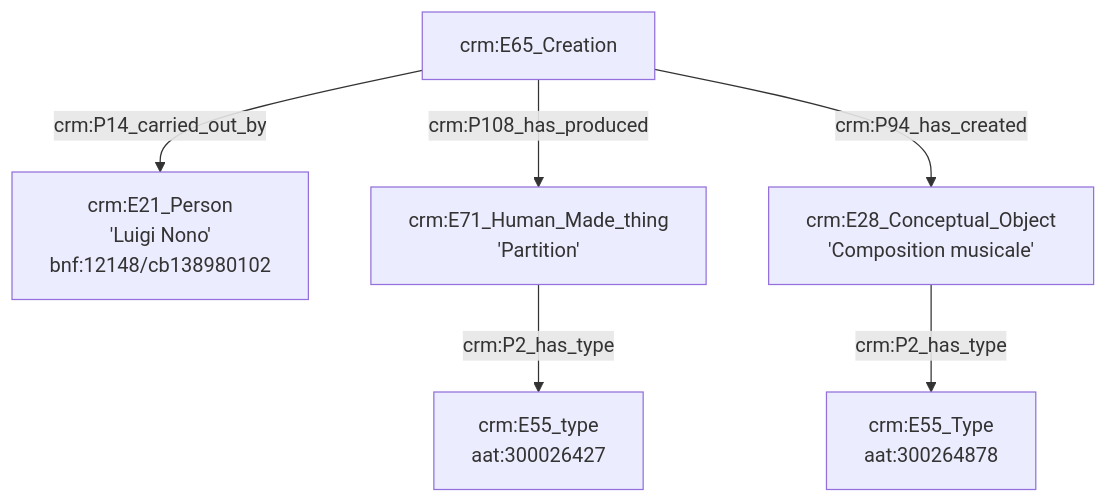
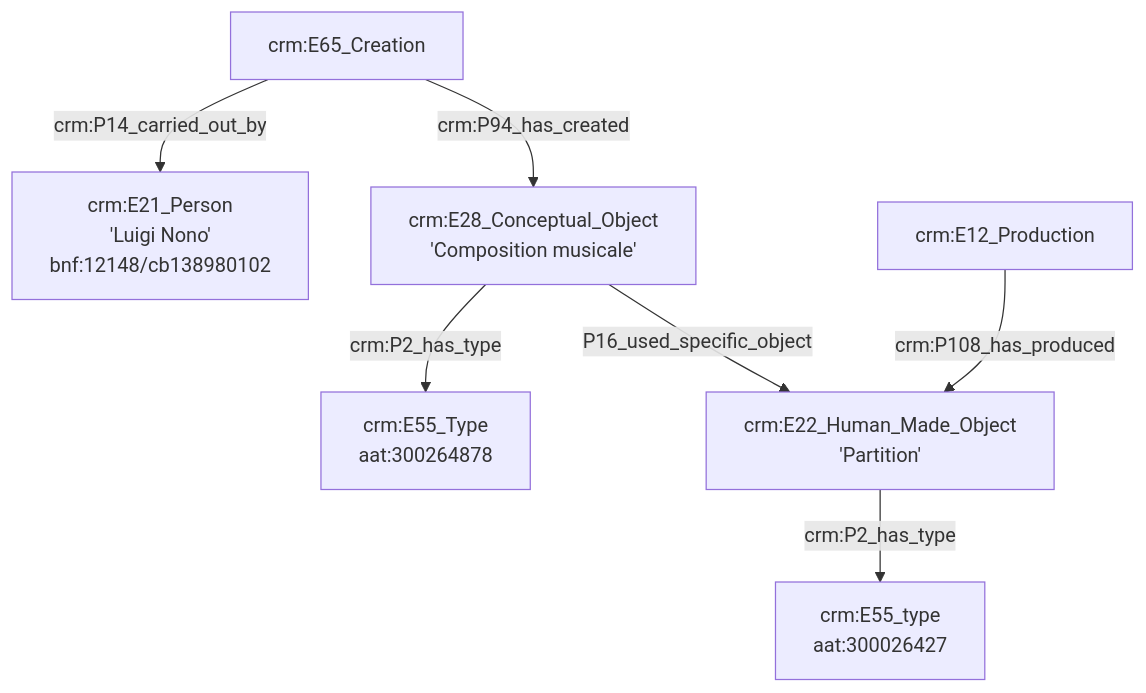
One commit to GusBraud/OntoMatchGameGus changed the first of 5 diagrams in Exemple1.md. Above: the diagram before and after it, drawn with Mermaid.

````diff
--- a/Exemple1.md
+++ b/Exemple1.md
@@ -3,10 +3,11 @@
 ```mermaid
 graph TD;
 
 A[crm:E65_Creation] --> |crm:P14_carried_out_by| B[crm:E21_Person<br>'Luigi Nono'<br>bnf:12148/cb138980102]
 G[crm:E28_Conceptual_Object<br>'Composition musicale'] --> |crm:P2_has_type| C[crm:E55_Type<br>aat:300264878]
-A[crm:E65_Creation] --> |crm:P108_has_produced| D[crm:E71_Human_Made_thing]
-D[crm:E71_Human_Made_thing<br>'Partition'] --> |crm:P2_has_type| E[crm:E55_type<br>aat:300026427]
+H[crm:E12_Production] --> |crm:P108_has_produced| D[crm:E22_Human_Made_Object<br>'Partition']
+D[crm:E22_Human_Made_Object<br>'Partition'] --> |crm:P2_has_type| E[crm:E55_type<br>aat:300026427]
 A[crm:E65_Creation] --> |crm:P94_has_created| G[crm:E28_Conceptual_Object<br>'Composition musicale']
+G[crm:E28_Conceptual_Object<br>'Composition musicale'] --> |P16_used_specific_object| D[crm:E22_Human_Made_Object<br>'Partition']
 
 ```
````
